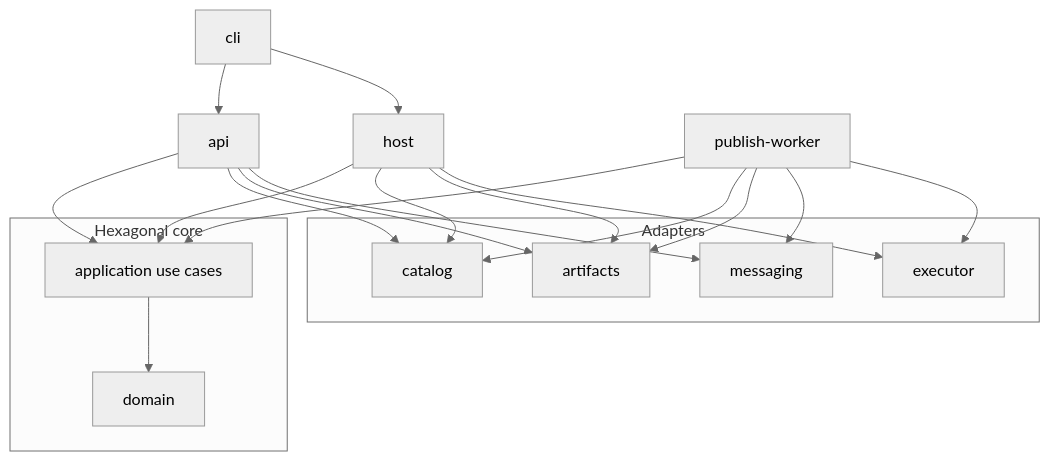
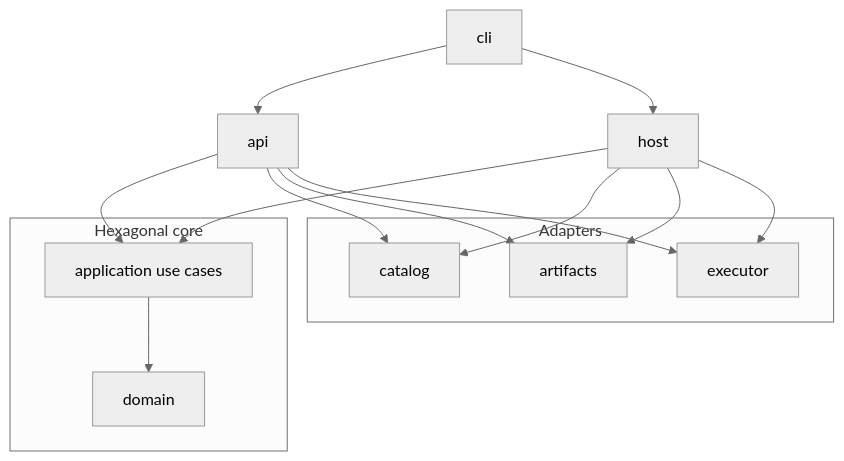
Before and after one commit to matzapata/nitrum-fn: the fourth of 7 diagrams in docs/architecture.md, drawn with Mermaid (neutral theme). The commit also changed other lines of this file and 78 other files, not shown here.

First line of the commit message:
feat(publish)!: complete catalog upsert synchronously in the API

````diff
--- a/docs/architecture.md
+++ b/docs/architecture.md
@@ -251,36 +218,29 @@
 ```mermaid
 flowchart TB
   CLI[cli]
   API[api]
   HOST[host]
-  PW[publish-worker]
 
   subgraph hex [Hexagonal core]
     UC[application use cases]
     DOM[domain]
   end
 
   subgraph adapters [Adapters]
     CAT[catalog]
     ART[artifacts]
-    MSG[messaging]
     EX[executor]
   end
 
   CLI --> API
   CLI --> HOST
   API --> UC
   HOST --> UC
-  PW --> UC
   UC --> DOM
   API --> CAT
   API --> ART
-  API --> MSG
   HOST --> CAT
   HOST --> ART
   HOST --> EX
-  PW --> CAT
-  PW --> ART
-  PW --> MSG
-  PW --> EX
+  API --> EX
 ```
````
